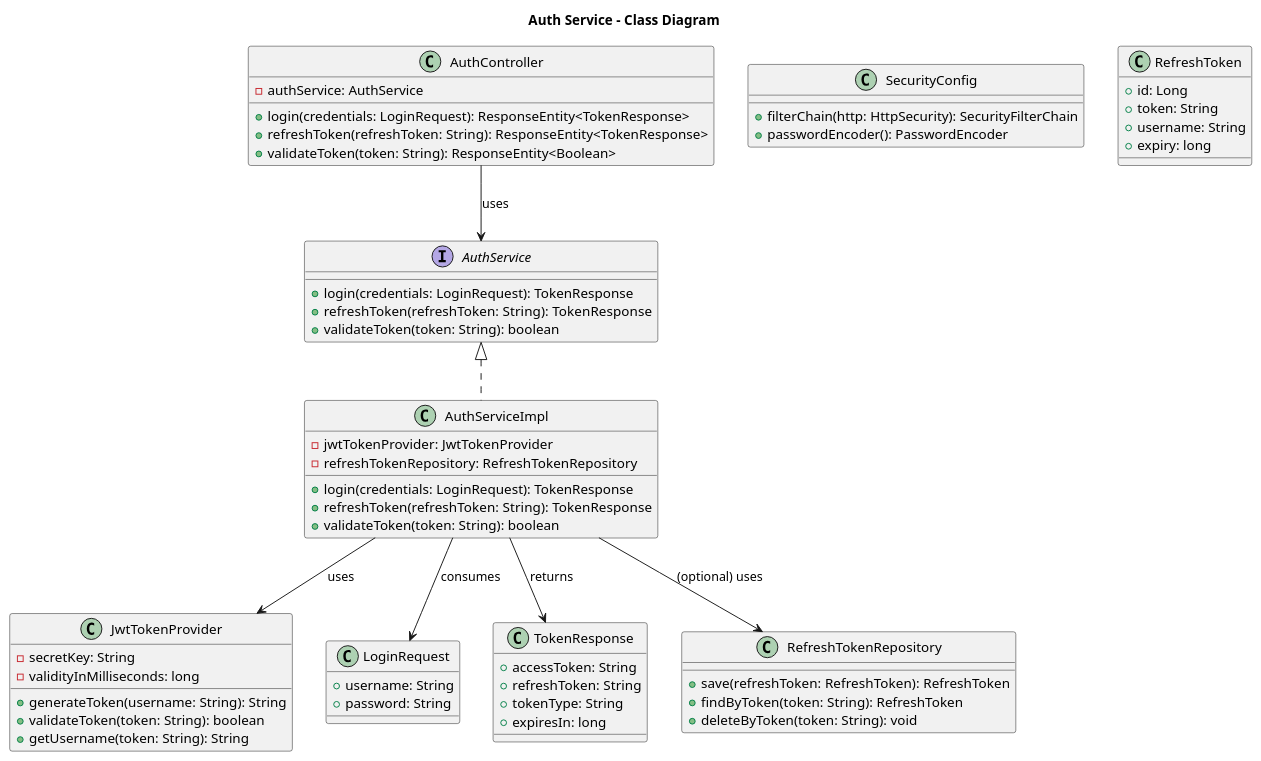
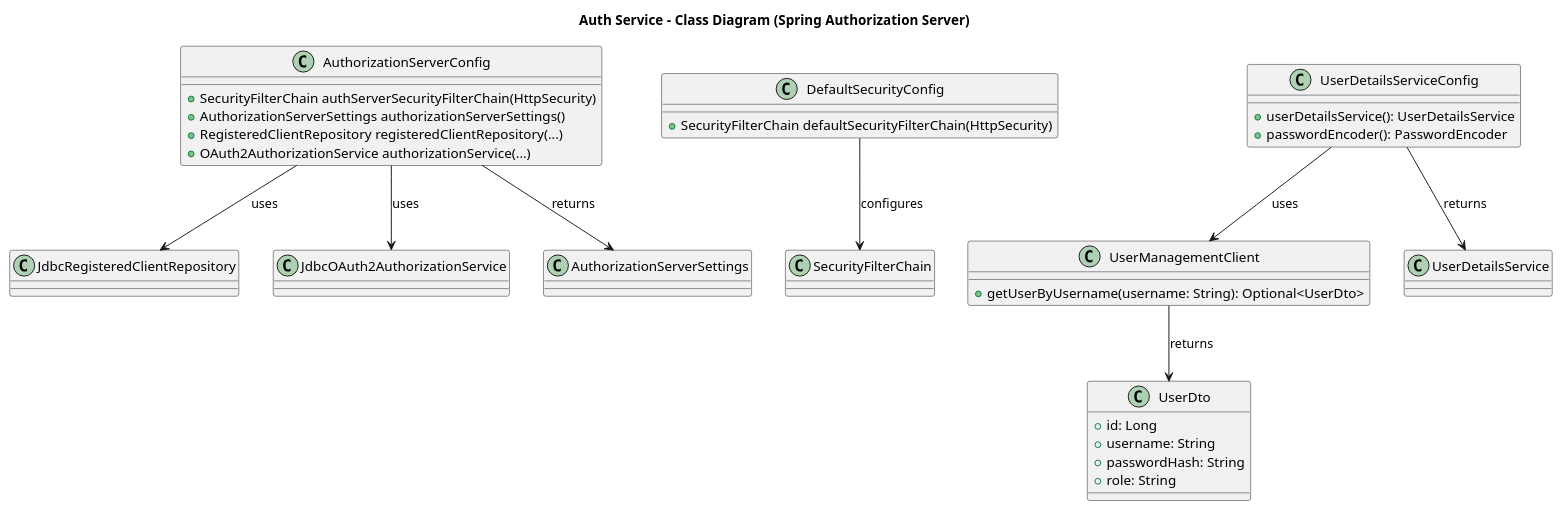
Before and after one commit to doemefu/auth-service: the second of 2 diagrams in README.md, drawn with PlantUML. The commit also changed other lines of this file and 14 other files, not shown here.

````diff
--- a/README.md
+++ b/README.md
@@ -72,74 +100,46 @@
 ```plantuml
 @startuml
-title Auth Service - Class Diagram
+title Auth Service - Class Diagram (Spring Authorization Server)
 
-interface AuthService {
-  + login(credentials: LoginRequest): TokenResponse
-  + refreshToken(refreshToken: String): TokenResponse
-  + validateToken(token: String): boolean
+class AuthorizationServerConfig {
+  + SecurityFilterChain authServerSecurityFilterChain(HttpSecurity)
+  + AuthorizationServerSettings authorizationServerSettings()
+  + RegisteredClientRepository registeredClientRepository(...)
+  + OAuth2AuthorizationService authorizationService(...)
 }
 
-class AuthServiceImpl {
-  - jwtTokenProvider: JwtTokenProvider
-  - refreshTokenRepository: RefreshTokenRepository
-  + login(credentials: LoginRequest): TokenResponse
-  + refreshToken(refreshToken: String): TokenResponse
-  + validateToken(token: String): boolean
+class DefaultSecurityConfig {
+  + SecurityFilterChain defaultSecurityFilterChain(HttpSecurity)
 }
 
-class AuthController {
-  - authService: AuthService
-  + login(credentials: LoginRequest): ResponseEntity<TokenResponse>
-  + refreshToken(refreshToken: String): ResponseEntity<TokenResponse>
-  + validateToken(token: String): ResponseEntity<Boolean>
-}
-
-class JwtTokenProvider {
-  - secretKey: String
-  - validityInMilliseconds: long
-  + generateToken(username: String): String
-  + validateToken(token: String): boolean
-  + getUsername(token: String): String
-}
-
-class SecurityConfig {
-  + filterChain(http: HttpSecurity): SecurityFilterChain
+class UserDetailsServiceConfig {
+  + userDetailsService(): UserDetailsService
   + passwordEncoder(): PasswordEncoder
 }
 
-class LoginRequest {
-  + username: String
-  + password: String
+class UserManagementClient {
+  + getUserByUsername(username: String): Optional<UserDto>
 }
 
-class TokenResponse {
-  + accessToken: String
-  + refreshToken: String
-  + tokenType: String
-  + expiresIn: long
+class UserDto {
+  + id: Long
+  + username: String
+  + passwordHash: String
+  + role: String
 }
 
-' Optional Entity for storing refresh tokens locally
-class RefreshToken {
-  + id: Long
-  + token: String
-  + username: String
-  + expiry: long
-}
+' DB / Repositories for OAuth data
+class JdbcRegisteredClientRepository
+class JdbcOAuth2AuthorizationService
 
-' Optional Repository for managing stored refresh tokens
-class RefreshTokenRepository {
-  + save(refreshToken: RefreshToken): RefreshToken
-  + findByToken(token: String): RefreshToken
-  + deleteByToken(token: String): void
-}
+AuthorizationServerConfig --> JdbcRegisteredClientRepository : uses
+AuthorizationServerConfig --> JdbcOAuth2AuthorizationService : uses
+AuthorizationServerConfig --> AuthorizationServerSettings : returns
 
-' Relationships
-AuthController --> AuthService : uses
-AuthService <|.. AuthServiceImpl
-AuthServiceImpl --> JwtTokenProvider : uses
-AuthServiceImpl --> RefreshTokenRepository : (optional) uses
-AuthServiceImpl --> TokenResponse : returns
-AuthServiceImpl --> LoginRequest : consumes
+DefaultSecurityConfig --> SecurityFilterChain : configures
+UserDetailsServiceConfig --> UserManagementClient : uses
+UserDetailsServiceConfig --> UserDetailsService : returns
+UserManagementClient --> UserDto : returns
+
 @enduml
 ```
````
